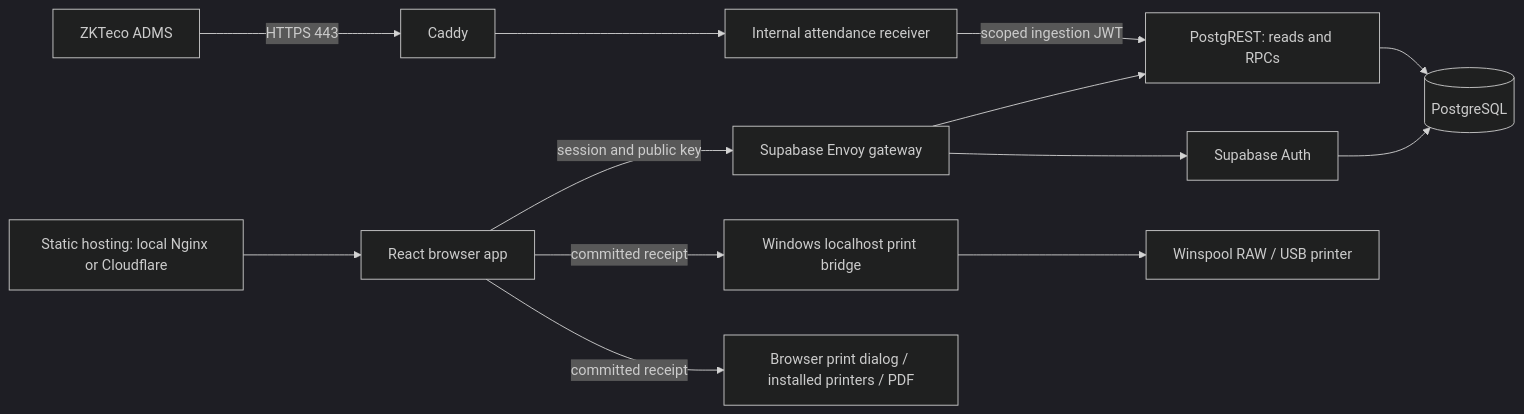
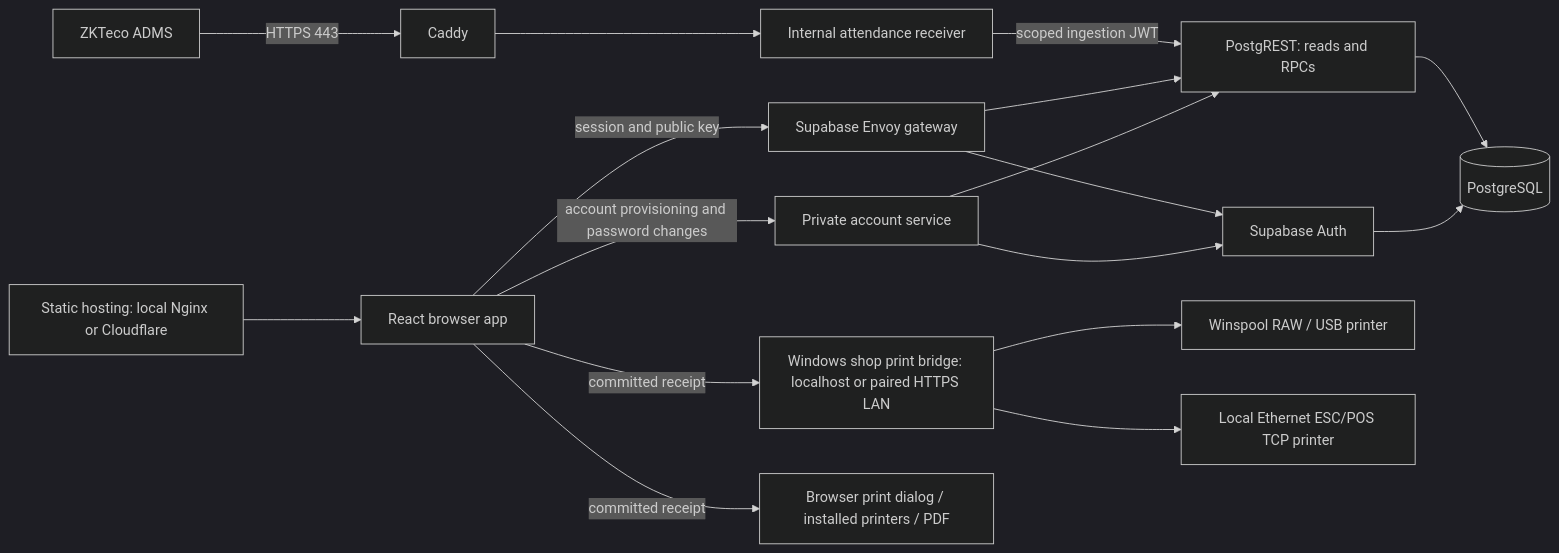
One commit to khandakarsifat-cloud/LPG changed the diagram in docs/architecture.md. Above: the diagram before and after it, drawn with Mermaid (dark theme). The commit also changed other lines of this file and 138 other files, not shown here.

````diff
--- a/docs/architecture.md
+++ b/docs/architecture.md
@@ -26,15 +27,19 @@
 ```mermaid
 flowchart LR
     Host[Static hosting: local Nginx or Cloudflare] --> UI[React browser app]
+    UI -->|account provisioning and password changes| Accounts[Private account service]
+    Accounts --> Auth
+    Accounts --> REST
     UI -->|session and public key| Gateway[Supabase Envoy gateway]
     Gateway --> Auth[Supabase Auth]
     Gateway --> REST[PostgREST: reads and RPCs]
     Auth --> DB[(PostgreSQL)]
     REST --> DB
     Device[ZKTeco ADMS] -->|HTTPS 443| Caddy[Caddy]
     Caddy --> Receiver[Internal attendance receiver]
     Receiver -->|scoped ingestion JWT| REST
-    UI -->|committed receipt| Bridge[Windows localhost print bridge]
+    UI -->|committed receipt| Bridge[Windows shop print bridge: localhost or paired HTTPS LAN]
     Bridge --> USB[Winspool RAW / USB printer]
+    Bridge --> LAN[Local Ethernet ESC/POS TCP printer]
     UI -->|committed receipt| Dialog[Browser print dialog / installed printers / PDF]
 ```
````
